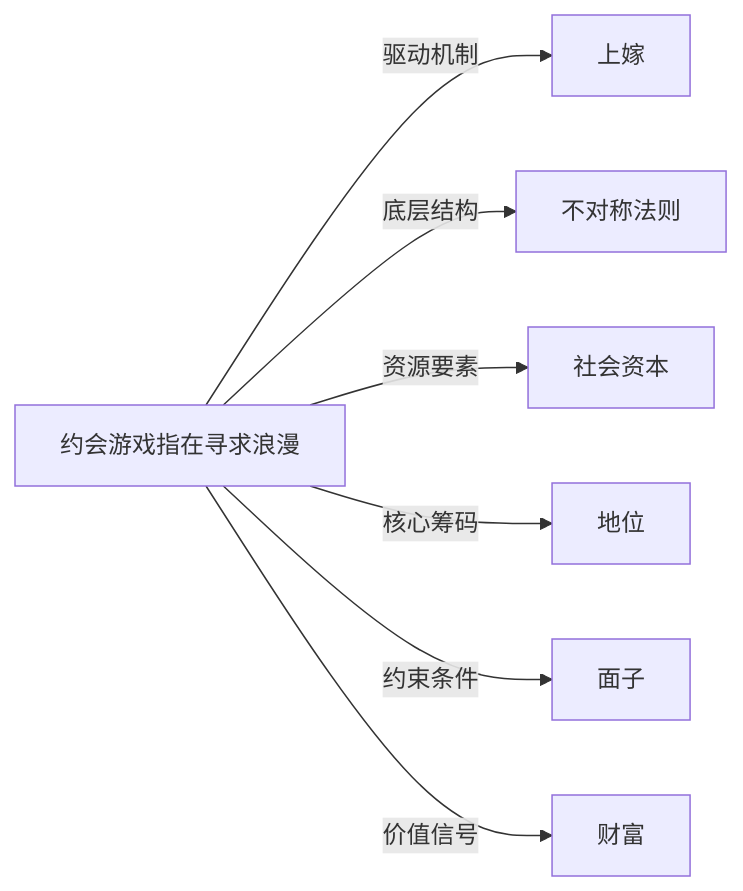
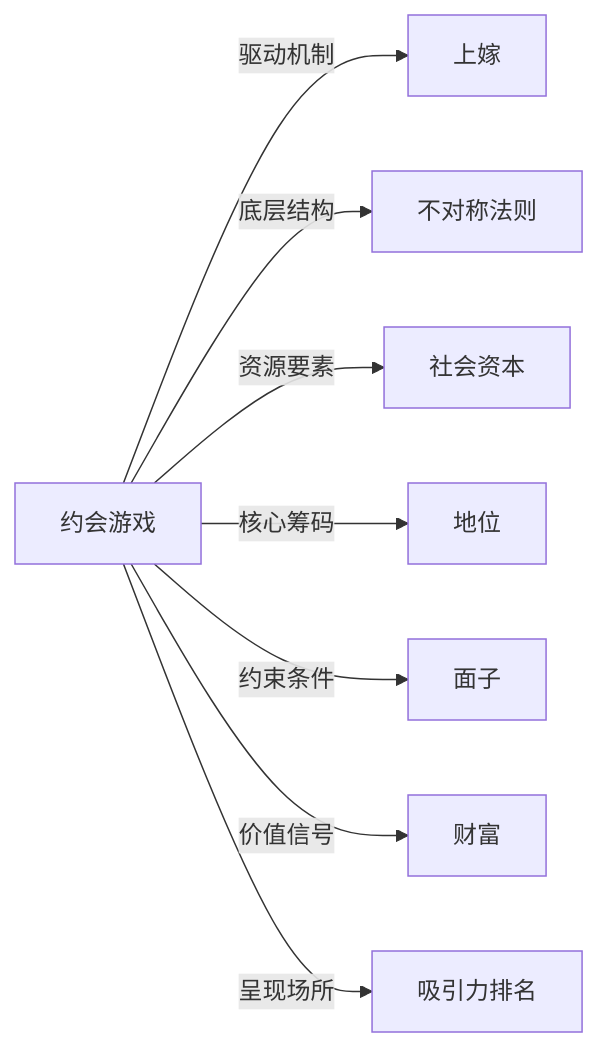
One commit to KIMMCHOW/MyKnowledge changed the diagram in Knowledge/Concepts/社会学/约会游戏.md. Above: the diagram before and after it, drawn with Mermaid. The commit also changed 96 other files, not shown here.

Commit message:
fix: 修复概念页关系图节点并补齐缺失关联

````diff
--- a/Knowledge/Concepts/社会学/约会游戏.md
+++ b/Knowledge/Concepts/社会学/约会游戏.md
@@ -47,9 +47,10 @@
 ```mermaid
 graph LR
-    约会游戏指在寻求浪漫 -->|驱动机制| 上嫁
-    约会游戏指在寻求浪漫 -->|底层结构| 不对称法则
-    约会游戏指在寻求浪漫 -->|资源要素| 社会资本
-    约会游戏指在寻求浪漫 -->|核心筹码| 地位
-    约会游戏指在寻求浪漫 -->|约束条件| 面子
-    约会游戏指在寻求浪漫 -->|价值信号| 财富
+约会游戏 -->|驱动机制| 上嫁
+约会游戏 -->|底层结构| 不对称法则
+约会游戏 -->|资源要素| 社会资本
+约会游戏 -->|核心筹码| 地位
+约会游戏 -->|约束条件| 面子
+约会游戏 -->|价值信号| 财富
+约会游戏 -->|呈现场所| 吸引力排名
 ```
````
